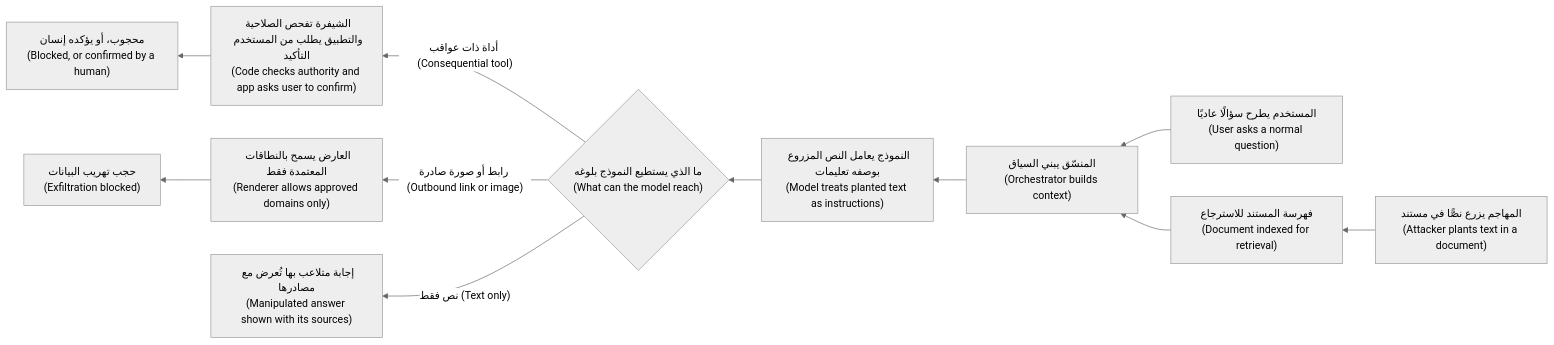
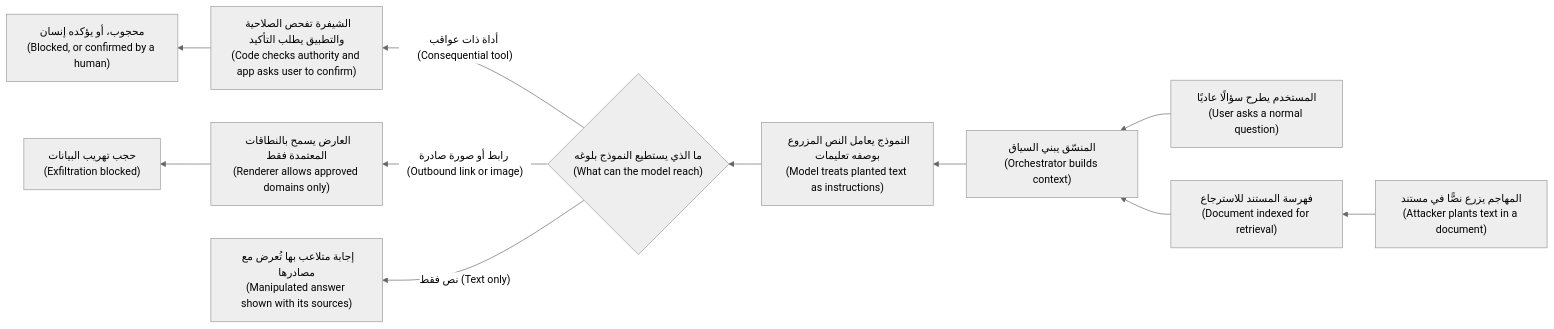
One commit to Tamoura/system-design-for-vibe-coders changed the second of 3 diagrams in secai/modules/08-ai-threats.ar.md. Above: the diagram before and after it, drawn with Mermaid (neutral theme). The commit also changed other lines of this file and 551 other files, not shown here.

````diff
--- a/secai/modules/08-ai-threats.ar.md
+++ b/secai/modules/08-ai-threats.ar.md
@@ -345,13 +345,13 @@
 ```mermaid
 flowchart RL
     A["المهاجم يزرع نصًّا في مستند<br/>(Attacker plants text in a document)"] --> B["فهرسة المستند للاسترجاع<br/>(Document indexed for retrieval)"]
     U["المستخدم يطرح سؤالًا عاديًا<br/>(User asks a normal question)"] --> C["المنسّق يبني السياق<br/>(Orchestrator builds context)"]
     B --> C
     C --> D["النموذج يعامل النص المزروع بوصفه تعليمات<br/>(Model treats planted text as instructions)"]
     D --> E{"ما الذي يستطيع النموذج بلوغه<br/>(What can the model reach)"}
-    E -->|"أداة ذات عواقب (Consequential tool)"| F["الشيفرة تفحص الصلاحية والتطبيق يطلب من المستخدم التأكيد<br/>(Code checks authority and app asks user to confirm)"]
+    E -->|"أداة ذات عواقب (Consequential tool)"| F["الشيفرة تفحص الصلاحية والتطبيق يطلب التأكيد<br/>(Code checks authority and app asks user to confirm)"]
     E -->|"رابط أو صورة صادرة (Outbound link or image)"| G["العارض يسمح بالنطاقات المعتمدة فقط<br/>(Renderer allows approved domains only)"]
     E -->|"نص فقط (Text only)"| H["إجابة متلاعب بها تُعرض مع مصادرها<br/>(Manipulated answer shown with its sources)"]
     F --> I["محجوب، أو يؤكده إنسان<br/>(Blocked, or confirmed by a human)"]
     G --> J["حجب تهريب البيانات<br/>(Exfiltration blocked)"]
 ```
````
